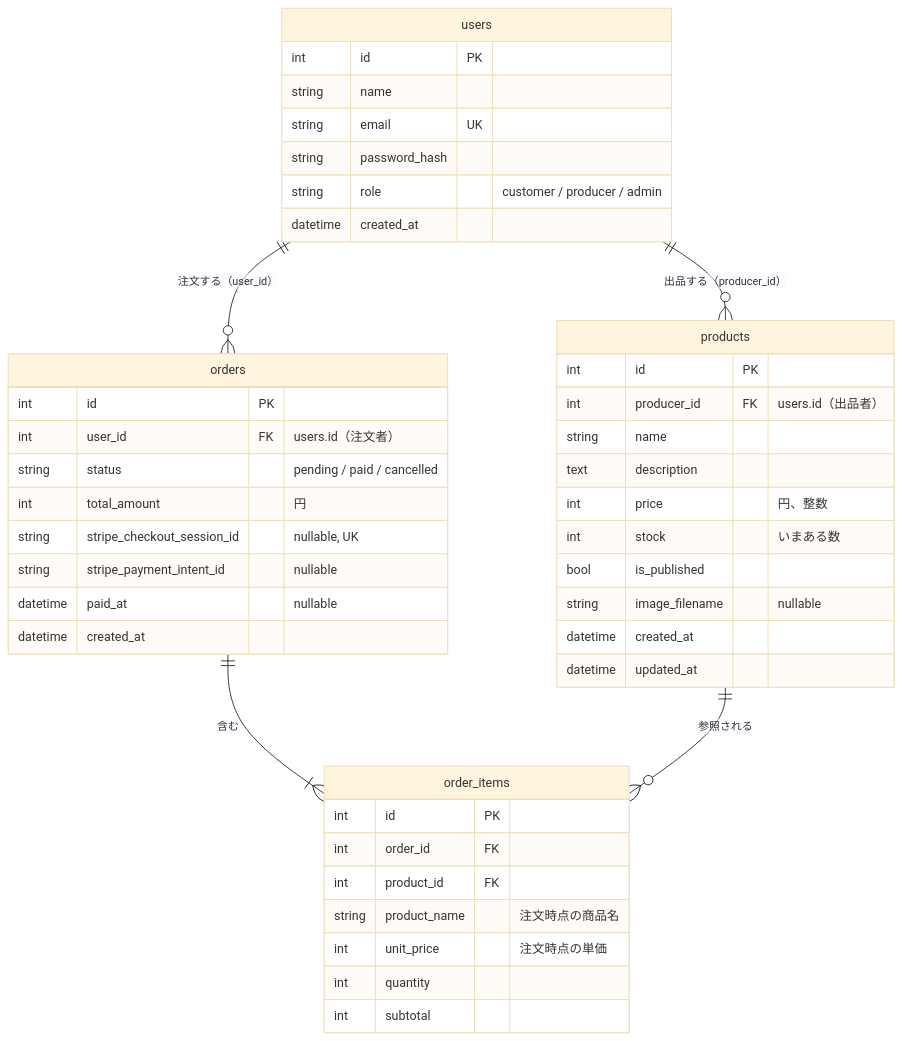
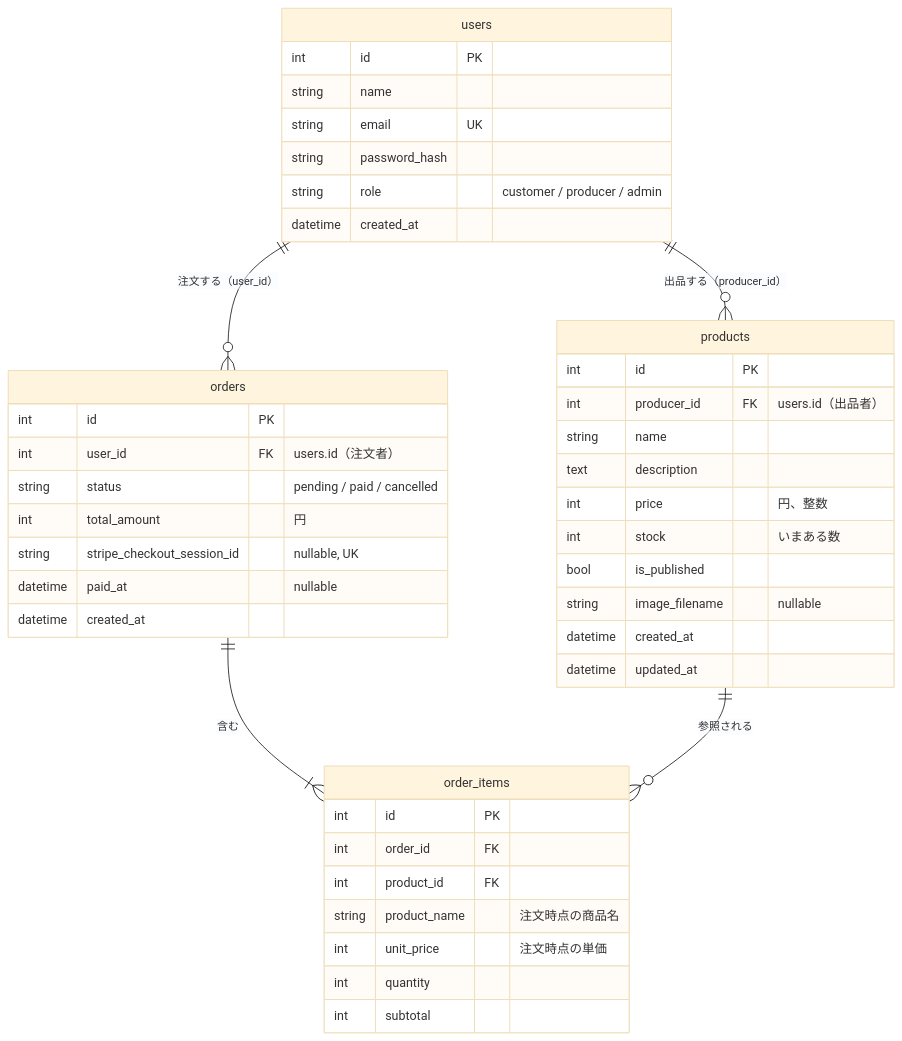
The diagram in docs/design/database.md (TannaiTomoya/marche-app), drawn with Mermaid (base theme) before and after one commit. The commit also changed other lines of this file and 26 other files, not shown here.

````diff
--- a/docs/design/database.md
+++ b/docs/design/database.md
@@ -7,47 +7,46 @@
 ```mermaid
 erDiagram
     users ||--o{ products : "出品する（producer_id）"
     users ||--o{ orders : "注文する（user_id）"
     orders ||--|{ order_items : "含む"
     products ||--o{ order_items : "参照される"
 
     users {
         int id PK
         string name
         string email UK
         string password_hash
         string role "customer / producer / admin"
         datetime created_at
     }
     products {
         int id PK
         int producer_id FK "users.id（出品者）"
         string name
         text description
         int price "円、整数"
         int stock "いまある数"
         bool is_published
         string image_filename "nullable"
         datetime created_at
         datetime updated_at
     }
     orders {
         int id PK
         int user_id FK "users.id（注文者）"
         string status "pending / paid / cancelled"
         int total_amount "円"
         string stripe_checkout_session_id "nullable, UK"
-        string stripe_payment_intent_id "nullable"
         datetime paid_at "nullable"
         datetime created_at
     }
     order_items {
         int id PK
         int order_id FK
         int product_id FK
         string product_name "注文時点の商品名"
         int unit_price "注文時点の単価"
         int quantity
         int subtotal
     }
 ```
````
